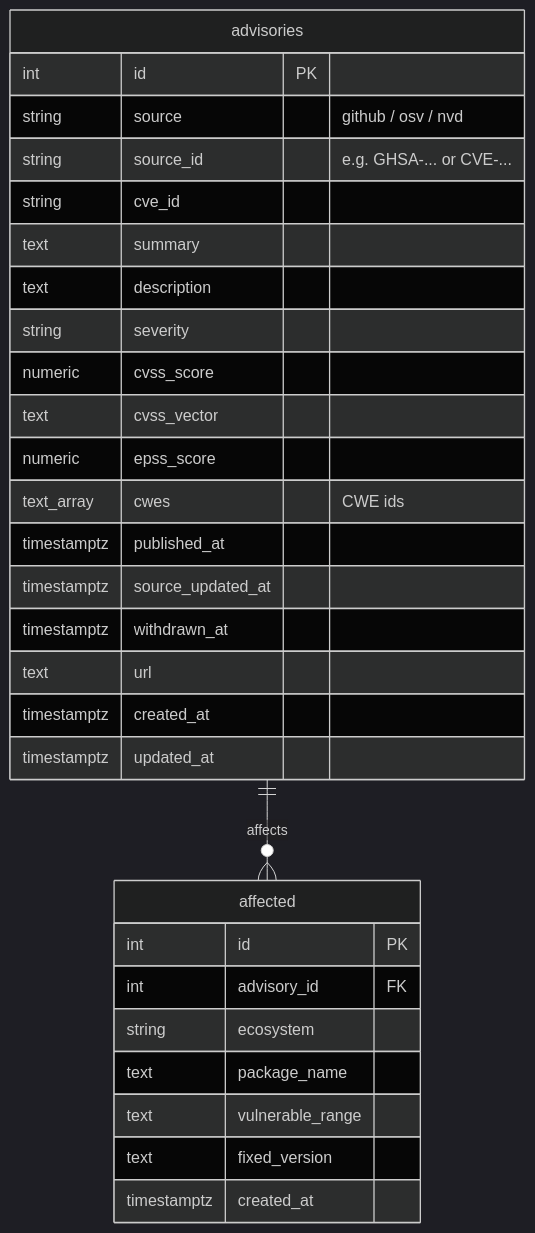
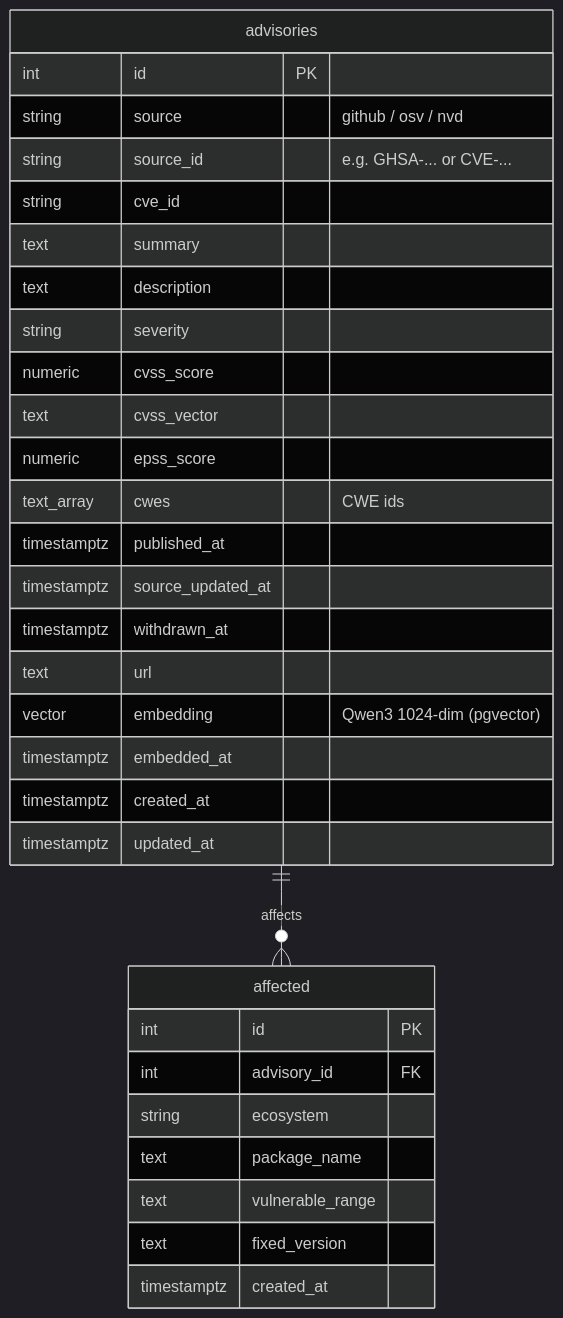
Before and after one commit to ymaheshwari2007/AIAIAIAIAIBIGDATA: the diagram in README.md, drawn with Mermaid (dark theme). The commit also changed other lines of this file and 9 other files, not shown here.

````diff
--- a/README.md
+++ b/README.md
@@ -32,32 +35,34 @@
 ```mermaid
 erDiagram
     advisories ||--o{ affected : "affects"
     advisories {
         int id PK
         string source "github / osv / nvd"
         string source_id "e.g. GHSA-... or CVE-..."
         string cve_id
         text summary
         text description
         string severity
         numeric cvss_score
         text cvss_vector
         numeric epss_score
         text_array cwes "CWE ids"
         timestamptz published_at
         timestamptz source_updated_at
         timestamptz withdrawn_at
         text url
+        vector embedding "Qwen3 1024-dim (pgvector)"
+        timestamptz embedded_at
         timestamptz created_at
         timestamptz updated_at
     }
     affected {
         int id PK
         int advisory_id FK
         string ecosystem
         text package_name
         text vulnerable_range
         text fixed_version
         timestamptz created_at
     }
 ```
````
